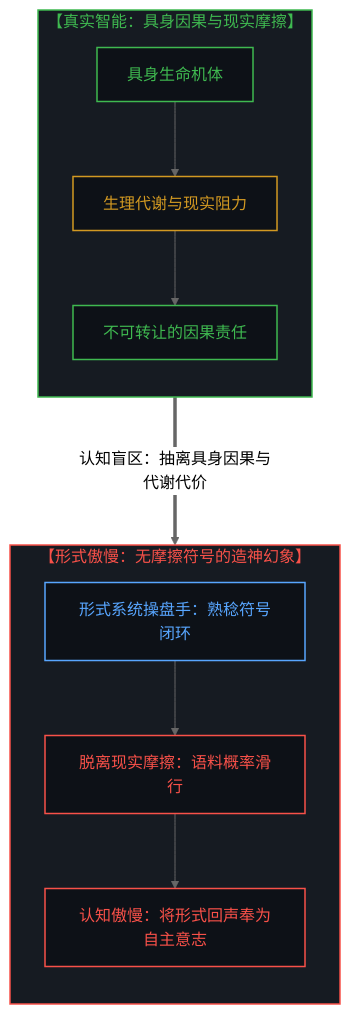
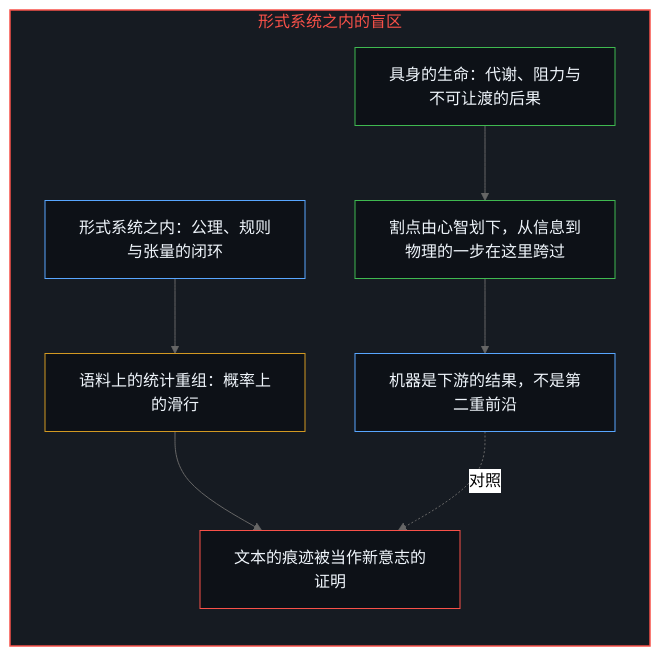
The fifth of 10 diagrams in content/posts/all-that-can-be-spoken-is-the-product-of-the-unspeakable.md (powerpig99/not-a-toe), drawn with Mermaid (neutral theme) before and after one commit. The commit also changed other lines of this file and 2 other files, not shown here.

Commit message:
Refine all-that-can-be-spoken-is-the-product-of-the-unspeakable: alternating bilingual layout, five paired diagrams, the cut and the informational side of the machine, implicit first person

````diff
--- a/content/posts/all-that-can-be-spoken-is-the-product-of-the-unspeakable.md
+++ b/content/posts/all-that-can-be-spoken-is-the-product-of-the-unspeakable.md
@@ -169,29 +161,25 @@
 ```mermaid
-graph TD
-    classDef default fill:#0d1117,stroke:#30363d,stroke-width:1px,color:#f0f6fc;
-    classDef mind fill:#0d1117,stroke:#3fb950,stroke-width:1.5px,color:#3fb950;
-    classDef failure fill:#0d1117,stroke:#f85149,stroke-width:1.5px,color:#f85149;
-    classDef scaffold fill:#0d1117,stroke:#d29922,stroke-width:1.5px,color:#d29922;
-    classDef model fill:#0d1117,stroke:#58a6ff,stroke-width:1.5px,color:#58a6ff;
-
-    subgraph S_LivingMind ["【真实智能：具身因果与现实摩擦】"]
+flowchart TD
+    subgraph S_Formal["形式系统之内的盲区"]
         direction TB
-        L1["具身生命机体"]:::mind
-        L2["生理代谢与现实阻力"]:::scaffold
-        L3["不可转让的因果责任"]:::mind
-        L1 --> L2 --> L3
+        Formal["形式系统之内：公理、规则与张量的闭环"]
+        Glide["语料上的统计重组：概率上的滑行"]
+        Echo["文本的痕迹被当作新意志的证明"]
+        Body["具身的生命：代谢、阻力与不可让渡的后果"]
+        Cut["割点由心智划下，从信息到物理的一步在这里跨过"]
+        Down["机器是下游的结果，不是第二重前沿"]
+        Formal --> Glide
+        Glide --> Echo
+        Body --> Cut
+        Cut --> Down
+        Down -.->|"对照"| Echo
     end
 
-    subgraph S_FormalHubris ["【形式傲慢：无摩擦符号的造神幻象】"]
-        direction TB
-        H1["形式系统操盘手：熟稔符号闭环"]:::model
-        H2["脱离现实摩擦：语料概率滑行"]:::failure
-        H3["认知傲慢：将形式回声奉为自主意志"]:::failure
-        H1 --> H2 --> H3
-    end
-
-    L3 ===>|"认知盲区：抽离具身因果与代谢代价"| H1
-
-    style S_LivingMind fill:#161b22,stroke:#3fb950,stroke-width:1.5px,color:#3fb950
-    style S_FormalHubris fill:#161b22,stroke:#f85149,stroke-width:1.5px,color:#f85149
+    style S_Formal fill:#161b22,stroke:#f85149,stroke-width:1.5px,color:#f85149
+    style Formal fill:#0d1117,stroke:#58a6ff,stroke-width:1px,color:#f0f6fc
+    style Glide fill:#0d1117,stroke:#d29922,stroke-width:1px,color:#f0f6fc
+    style Echo fill:#0d1117,stroke:#f85149,stroke-width:1px,color:#f0f6fc
+    style Body fill:#0d1117,stroke:#3fb950,stroke-width:1px,color:#f0f6fc
+    style Cut fill:#0d1117,stroke:#3fb950,stroke-width:1px,color:#f0f6fc
+    style Down fill:#0d1117,stroke:#58a6ff,stroke-width:1px,color:#f0f6fc
 ```
````
